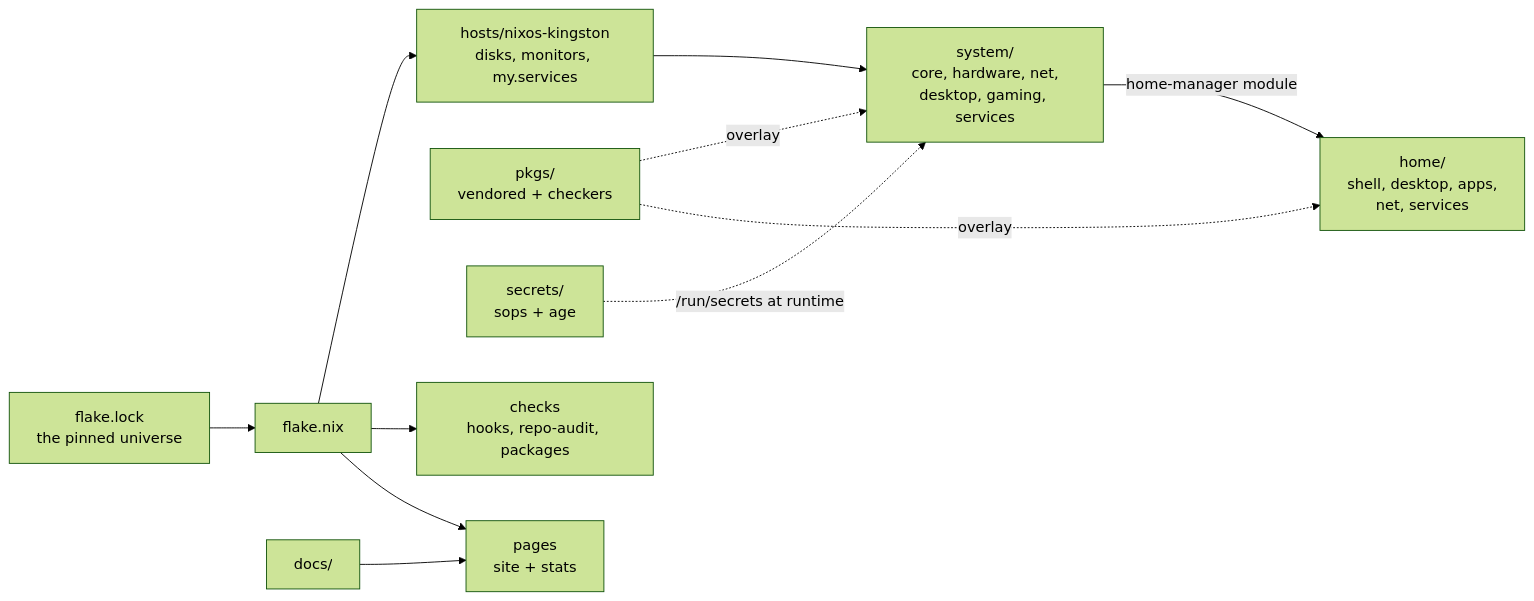
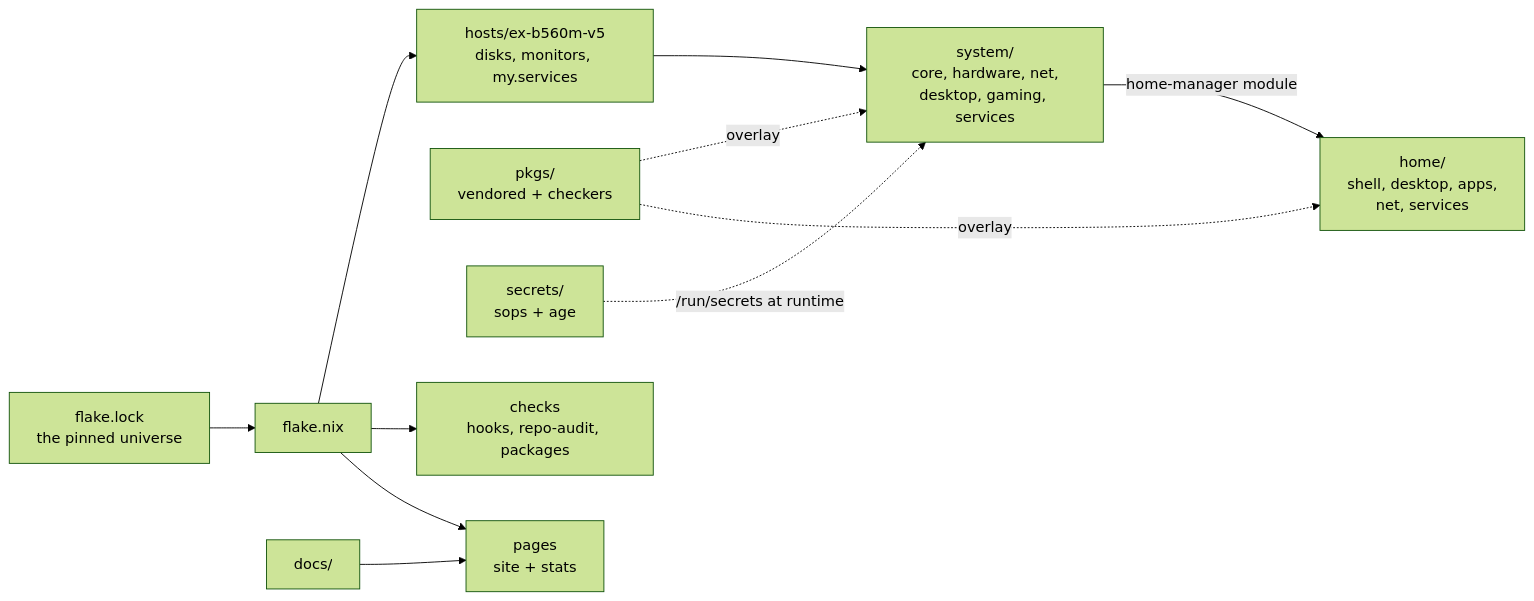
One commit to v1cferr/dotfiles changed the diagram in README.md. Above: the diagram before and after it, drawn with Mermaid (forest theme). The commit also changed other lines of this file and 27 other files, not shown here.

First line of the commit message:
refactor(hosts): rename nixos-kingston to ex-b560m-v5

````diff
--- a/README.md
+++ b/README.md
@@ -85,13 +85,13 @@
 ```mermaid
 flowchart LR
   lock[flake.lock<br/>the pinned universe] --> flake[flake.nix]
-  flake --> host[hosts/nixos-kingston<br/>disks, monitors, my.services]
+  flake --> host[hosts/ex-b560m-v5<br/>disks, monitors, my.services]
   host --> system[system/<br/>core, hardware, net,<br/>desktop, gaming, services]
   system -->|home-manager module| home[home/<br/>shell, desktop, apps,<br/>net, services]
   pkgs[pkgs/<br/>vendored + checkers] -.->|overlay| system
   pkgs -.->|overlay| home
   secrets[secrets/<br/>sops + age] -.->|/run/secrets at runtime| system
   flake --> checks[checks<br/>hooks, repo-audit, packages]
   docs[docs/] --> pages[pages<br/>site + stats]
   flake --> pages
 ```
````
